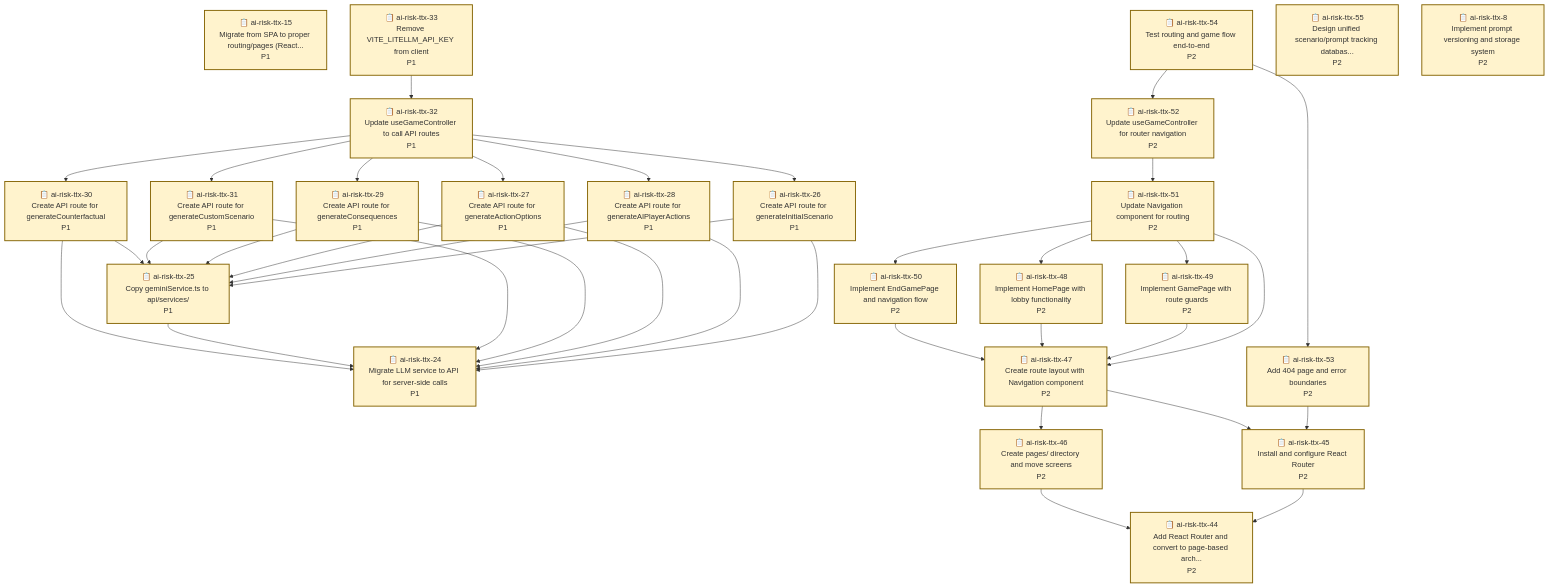
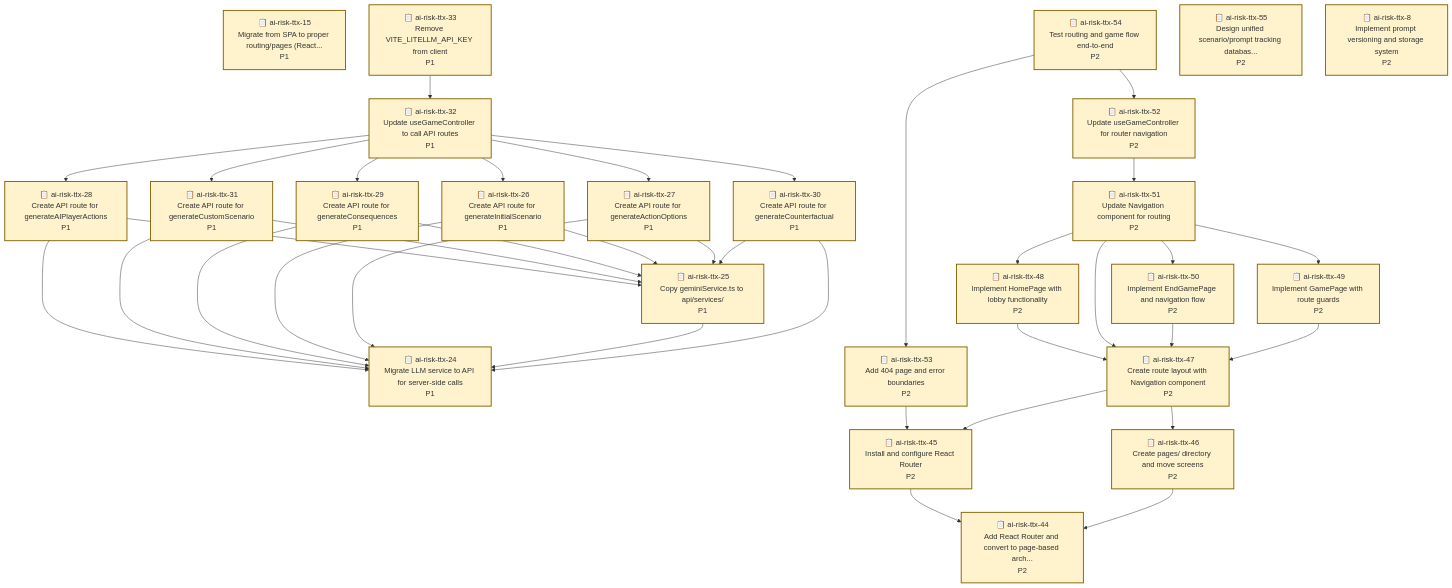
Before and after one commit to bhi5hmaraj/ai-risk-ttx: the diagram in .beads/graph.md, drawn with Mermaid. The commit also changed other lines of this file and 3 other files, not shown here.

````diff
--- a/.beads/graph.md
+++ b/.beads/graph.md
@@ -49,39 +49,39 @@
     ai-risk-ttx-8["📋 ai-risk-ttx-8<br/>Implement prompt versioning and storage system<br/>P2"]
     style ai-risk-ttx-8 fill:#fff3cd,stroke:#856404,stroke-width:2px
 
-    ai-risk-ttx-30 --> ai-risk-ttx-24
-    ai-risk-ttx-30 --> ai-risk-ttx-25
-    ai-risk-ttx-46 --> ai-risk-ttx-44
-    ai-risk-ttx-25 --> ai-risk-ttx-24
-    ai-risk-ttx-31 --> ai-risk-ttx-24
-    ai-risk-ttx-31 --> ai-risk-ttx-25
-    ai-risk-ttx-29 --> ai-risk-ttx-24
-    ai-risk-ttx-29 --> ai-risk-ttx-25
-    ai-risk-ttx-47 --> ai-risk-ttx-45
-    ai-risk-ttx-47 --> ai-risk-ttx-46
-    ai-risk-ttx-50 --> ai-risk-ttx-47
-    ai-risk-ttx-27 --> ai-risk-ttx-24
-    ai-risk-ttx-27 --> ai-risk-ttx-25
-    ai-risk-ttx-28 --> ai-risk-ttx-24
-    ai-risk-ttx-28 --> ai-risk-ttx-25
     ai-risk-ttx-32 --> ai-risk-ttx-26
     ai-risk-ttx-32 --> ai-risk-ttx-27
     ai-risk-ttx-32 --> ai-risk-ttx-28
     ai-risk-ttx-32 --> ai-risk-ttx-29
     ai-risk-ttx-32 --> ai-risk-ttx-30
     ai-risk-ttx-32 --> ai-risk-ttx-31
-    ai-risk-ttx-33 --> ai-risk-ttx-32
-    ai-risk-ttx-52 --> ai-risk-ttx-51
     ai-risk-ttx-48 --> ai-risk-ttx-47
-    ai-risk-ttx-53 --> ai-risk-ttx-45
-    ai-risk-ttx-49 --> ai-risk-ttx-47
     ai-risk-ttx-45 --> ai-risk-ttx-44
+    ai-risk-ttx-28 --> ai-risk-ttx-24
+    ai-risk-ttx-28 --> ai-risk-ttx-25
     ai-risk-ttx-51 --> ai-risk-ttx-47
     ai-risk-ttx-51 --> ai-risk-ttx-48
     ai-risk-ttx-51 --> ai-risk-ttx-49
     ai-risk-ttx-51 --> ai-risk-ttx-50
+    ai-risk-ttx-31 --> ai-risk-ttx-24
+    ai-risk-ttx-31 --> ai-risk-ttx-25
+    ai-risk-ttx-52 --> ai-risk-ttx-51
+    ai-risk-ttx-33 --> ai-risk-ttx-32
+    ai-risk-ttx-29 --> ai-risk-ttx-24
+    ai-risk-ttx-29 --> ai-risk-ttx-25
+    ai-risk-ttx-26 --> ai-risk-ttx-24
+    ai-risk-ttx-26 --> ai-risk-ttx-25
+    ai-risk-ttx-53 --> ai-risk-ttx-45
+    ai-risk-ttx-27 --> ai-risk-ttx-24
+    ai-risk-ttx-27 --> ai-risk-ttx-25
     ai-risk-ttx-54 --> ai-risk-ttx-52
     ai-risk-ttx-54 --> ai-risk-ttx-53
-    ai-risk-ttx-26 --> ai-risk-ttx-24
-    ai-risk-ttx-26 --> ai-risk-ttx-25
+    ai-risk-ttx-47 --> ai-risk-ttx-45
+    ai-risk-ttx-47 --> ai-risk-ttx-46
+    ai-risk-ttx-25 --> ai-risk-ttx-24
+    ai-risk-ttx-46 --> ai-risk-ttx-44
+    ai-risk-ttx-50 --> ai-risk-ttx-47
+    ai-risk-ttx-30 --> ai-risk-ttx-24
+    ai-risk-ttx-30 --> ai-risk-ttx-25
+    ai-risk-ttx-49 --> ai-risk-ttx-47
 ```
````
